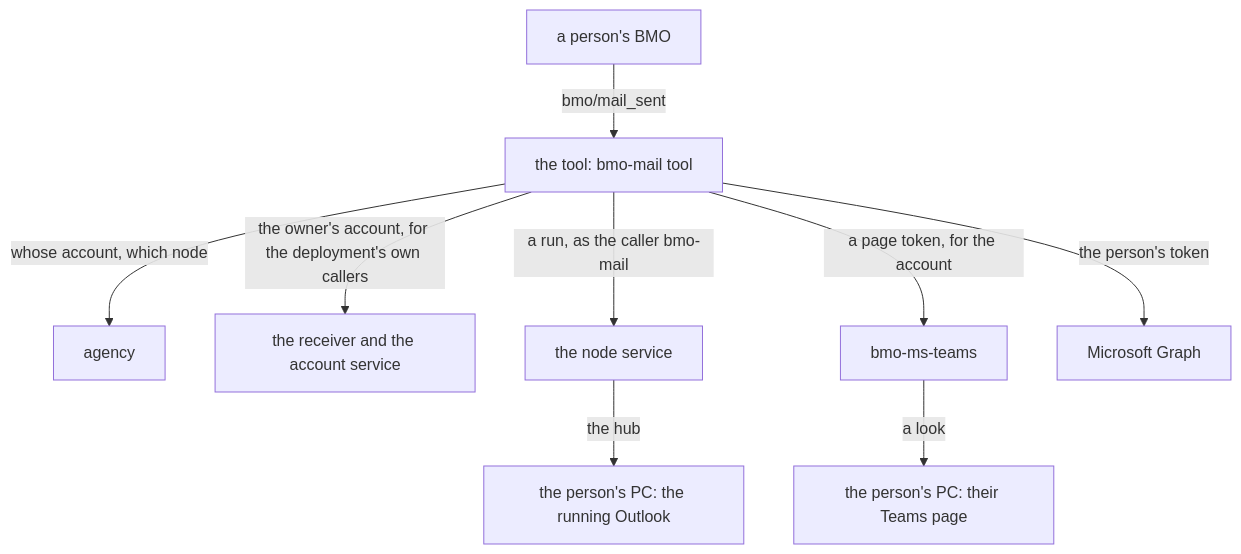
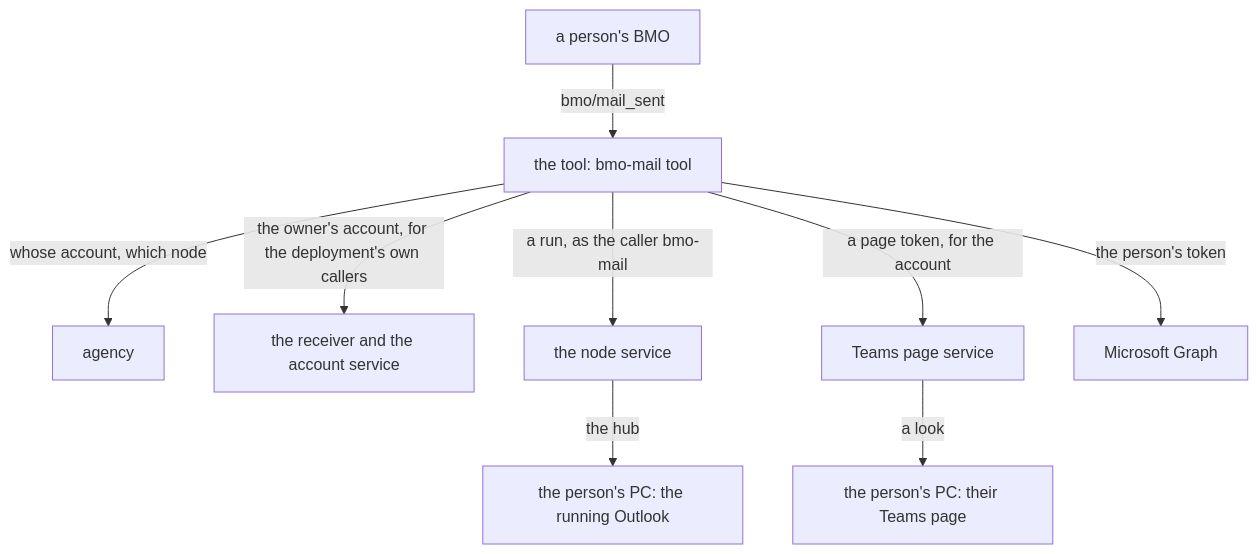
The second of 2 diagrams in docs/mail.md (ahas/bmo-mail), drawn with Mermaid before and after one commit. The commit also changed other lines of this file and 9 other files, not shown here.

Commit message:
Name the Teams page token road's provider neutrally

````diff
--- a/docs/mail.md
+++ b/docs/mail.md
@@ -740,11 +740,11 @@
 ```mermaid
 flowchart TD
   BMO["a person's BMO"] -->|bmo/mail_sent| Tool["the tool: bmo-mail tool"]
   Tool -->|"whose account, which node"| Agency[agency]
   Tool -->|"the owner's account, for the deployment's own callers"| Owner["the receiver and the account service"]
   Tool -->|"a run, as the caller bmo-mail"| Node[the node service]
   Node -->|the hub| PC["the person's PC: the running Outlook"]
-  Tool -->|"a page token, for the account"| Teams[bmo-ms-teams]
+  Tool -->|"a page token, for the account"| Teams[Teams page service]
   Teams -->|"a look"| Page["the person's PC: their Teams page"]
   Tool -->|"the person's token"| Graph[Microsoft Graph]
 ```
````
